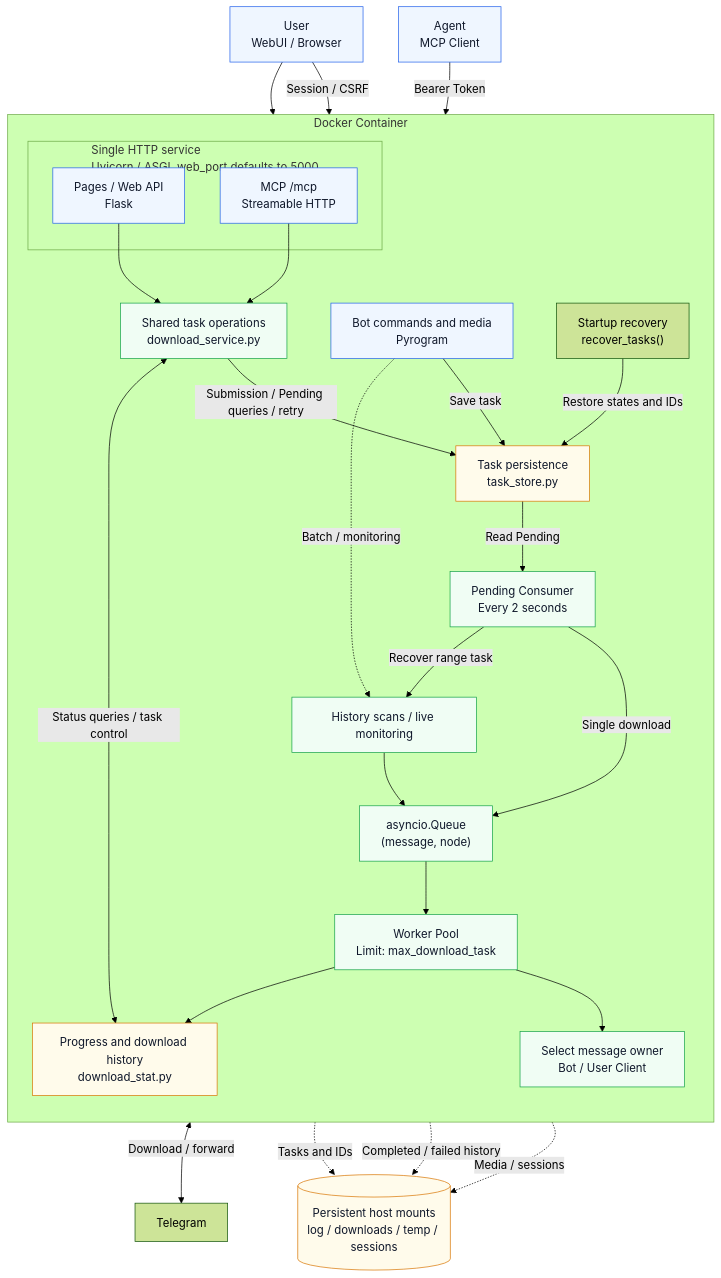
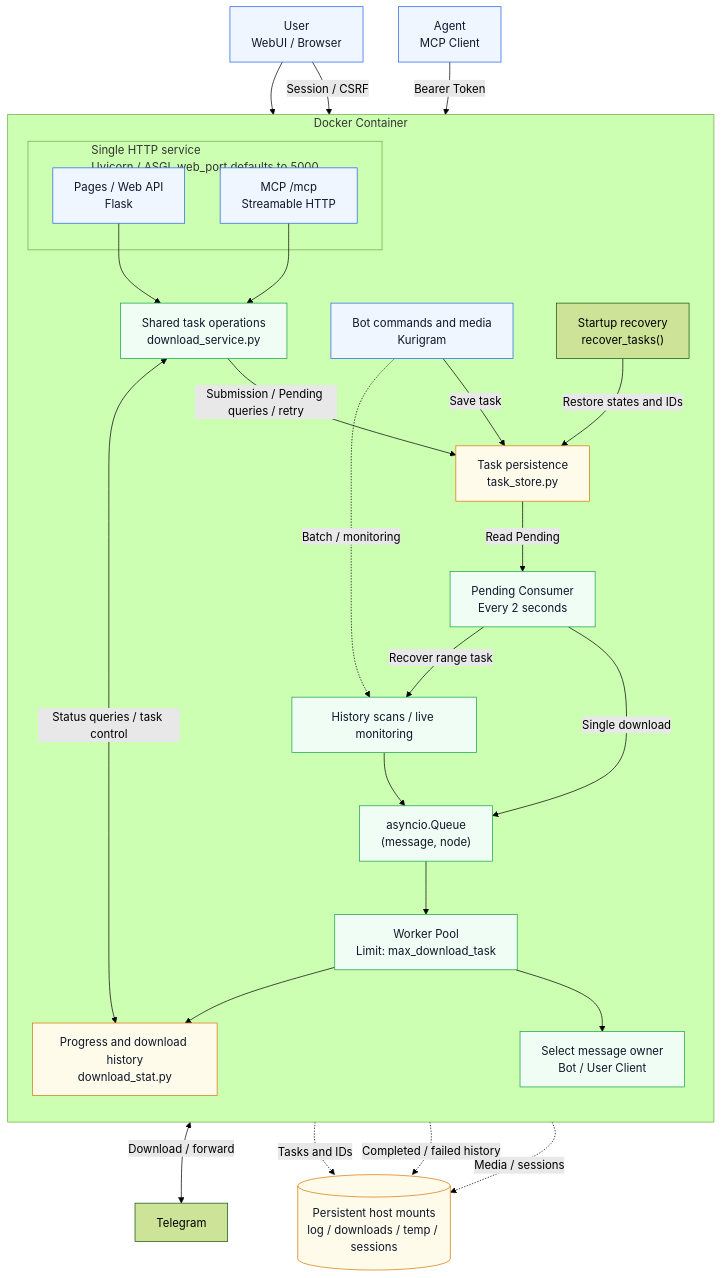
One commit to smilekevin/TGPorter changed the third of 4 diagrams in README.md. Above: the diagram before and after it, drawn with Mermaid (forest theme). The commit also changed other lines of this file and 11 other files, not shown here.

````diff
--- a/README.md
+++ b/README.md
@@ -591,55 +591,55 @@
 ```mermaid
 flowchart TB
     User["User<br/>WebUI / Browser"]
     Agent["Agent<br/>MCP Client"]
     Telegram["Telegram"]
 
     subgraph Container["Docker Container"]
         direction TB
-        Bot["Bot commands and media<br/>Pyrogram"]
+        Bot["Bot commands and media<br/>Kurigram"]
         subgraph HTTP["Single HTTP service<br/>Uvicorn / ASGI, web_port defaults to 5000"]
             API["Pages / Web API<br/>Flask"]
             MCP["MCP /mcp<br/>Streamable HTTP"]
         end
         Service["Shared task operations<br/>download_service.py"]
         Store["Task persistence<br/>task_store.py"]
         Recovery["Startup recovery<br/>recover_tasks()"]
         Consumer["Pending Consumer<br/>Every 2 seconds"]
         Scan["History scans / live monitoring"]
         Queue["asyncio.Queue<br/>(message, node)"]
         Workers["Worker Pool<br/>Limit: max_download_task"]
         Clients["Select message owner<br/>Bot / User Client"]
         Stats["Progress and download history<br/>download_stat.py"]
     end
 
     Data[("Persistent host mounts<br/>log / downloads / temp / sessions")]
 
     User --> Bot
     User -->|Session / CSRF| API
     Agent -->|Bearer Token| MCP
     API --> Service
     MCP --> Service
     Bot -->|Save task| Store
     Service -->|Submission / Pending queries / retry| Store
     Service <-->|Status queries / task control| Stats
     Recovery -->|Restore states and IDs| Store
     Store -->|Read Pending| Consumer
     Consumer -->|Single download| Queue
     Consumer -->|Recover range task| Scan
     Bot -.->|Batch / monitoring| Scan
     Scan --> Queue
     Queue --> Workers
     Workers --> Clients
     Clients <-->|Download / forward| Telegram
     Workers --> Stats
     Store -.->|Tasks and IDs| Data
     Stats -.->|Completed / failed history| Data
     Clients -.->|Media / sessions| Data
 
     classDef entry fill:#eff6ff,stroke:#2563eb,color:#0f172a
     classDef pipeline fill:#f0fdf4,stroke:#16a34a,color:#0f172a
     classDef storage fill:#fffbeb,stroke:#d97706,color:#0f172a
     class User,Bot,API,Agent,MCP entry
     class Service,Consumer,Scan,Queue,Workers,Clients pipeline
     class Store,Stats,Data storage
 ```
````
